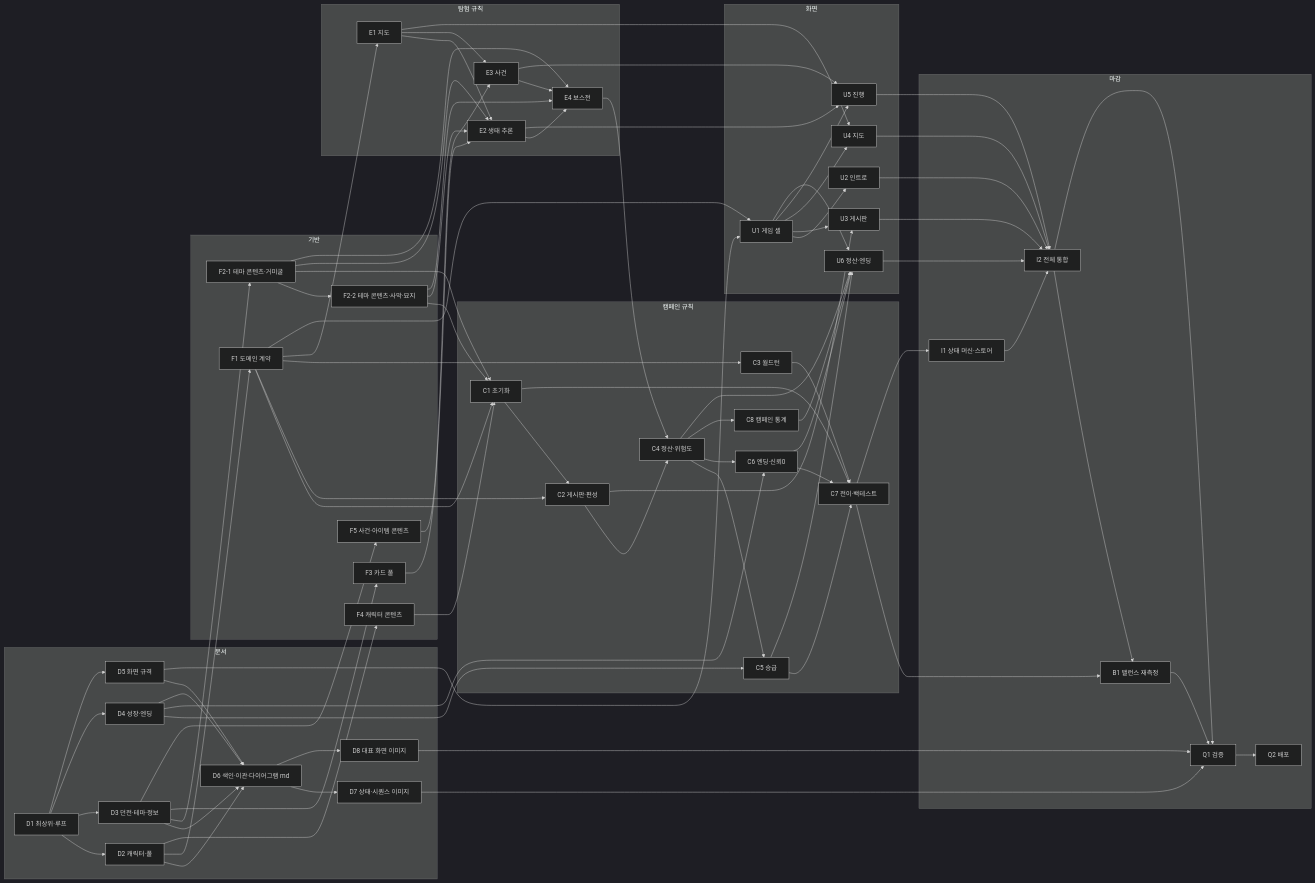
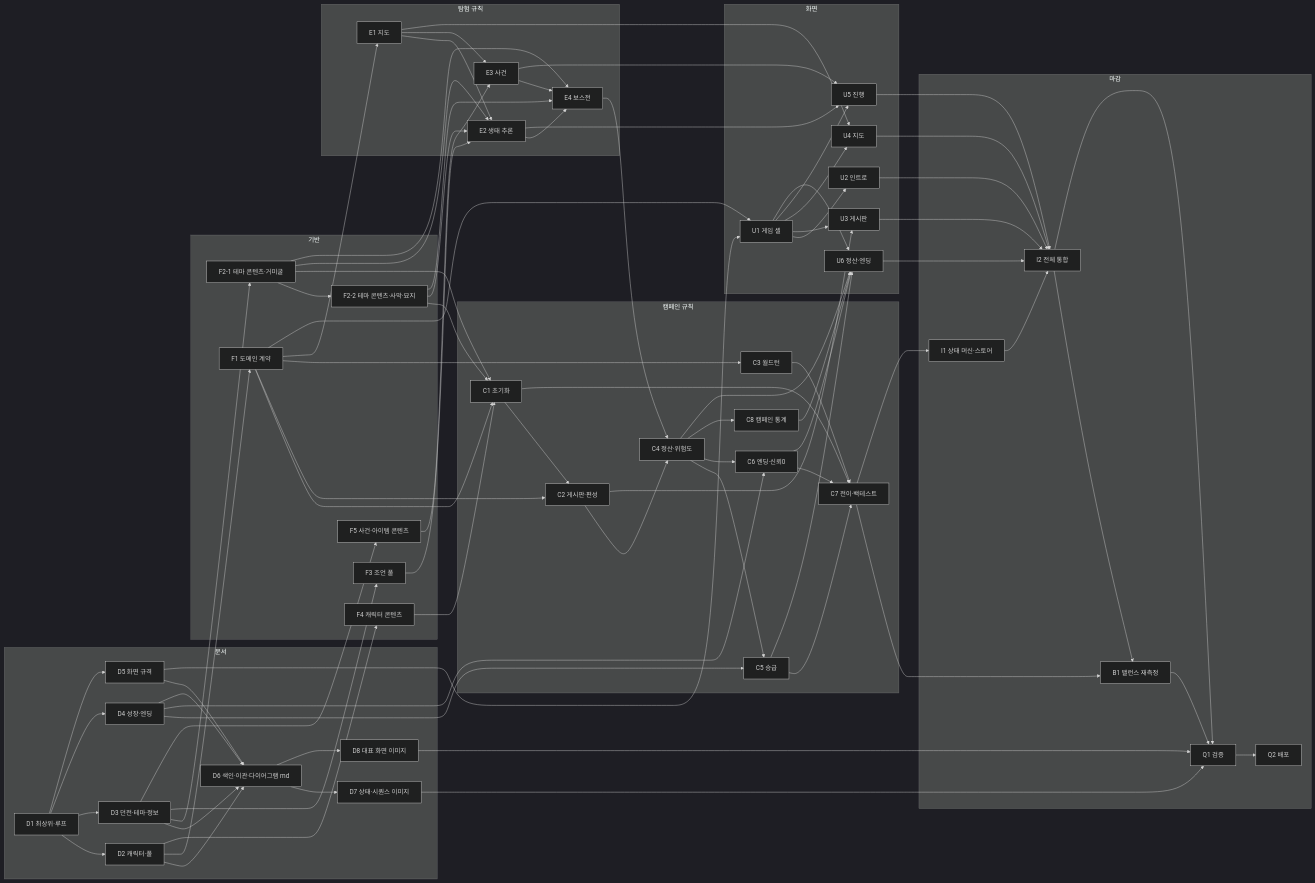
The diagram in docs/technical/CAMPAIGN_REWORK_WORK_ASSIGNMENT.md (LatteBun/Dungeon_Schemer), drawn with Mermaid (dark theme) before and after one commit. The commit also changed other lines of this file and 3 other files, not shown here.

```diff
--- a/docs/technical/CAMPAIGN_REWORK_WORK_ASSIGNMENT.md
+++ b/docs/technical/CAMPAIGN_REWORK_WORK_ASSIGNMENT.md
@@ -47,7 +47,7 @@
     F1["F1 도메인 계약"]
     F2-1["F2-1 테마 콘텐츠·거미굴"]
     F2-2["F2-2 테마 콘텐츠·사막·묘지"]
-    F3["F3 카드 풀"]
+    F3["F3 조언 풀"]
     F4["F4 캐릭터 콘텐츠"]
     F5["F5 사건·아이템 콘텐츠"]
   end
```
